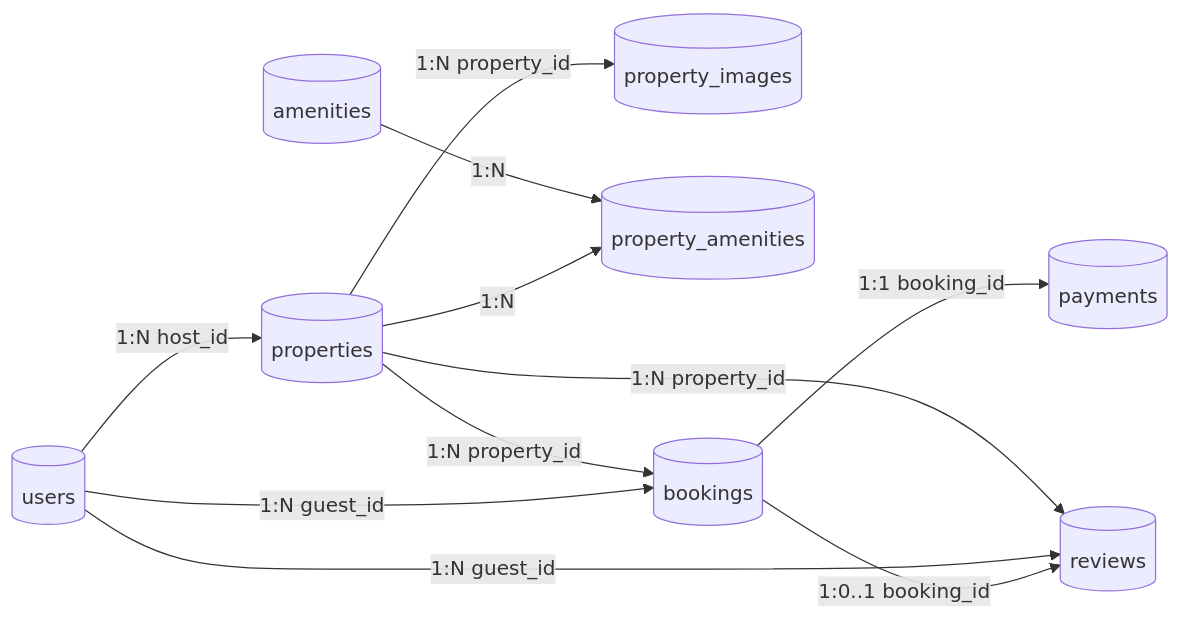
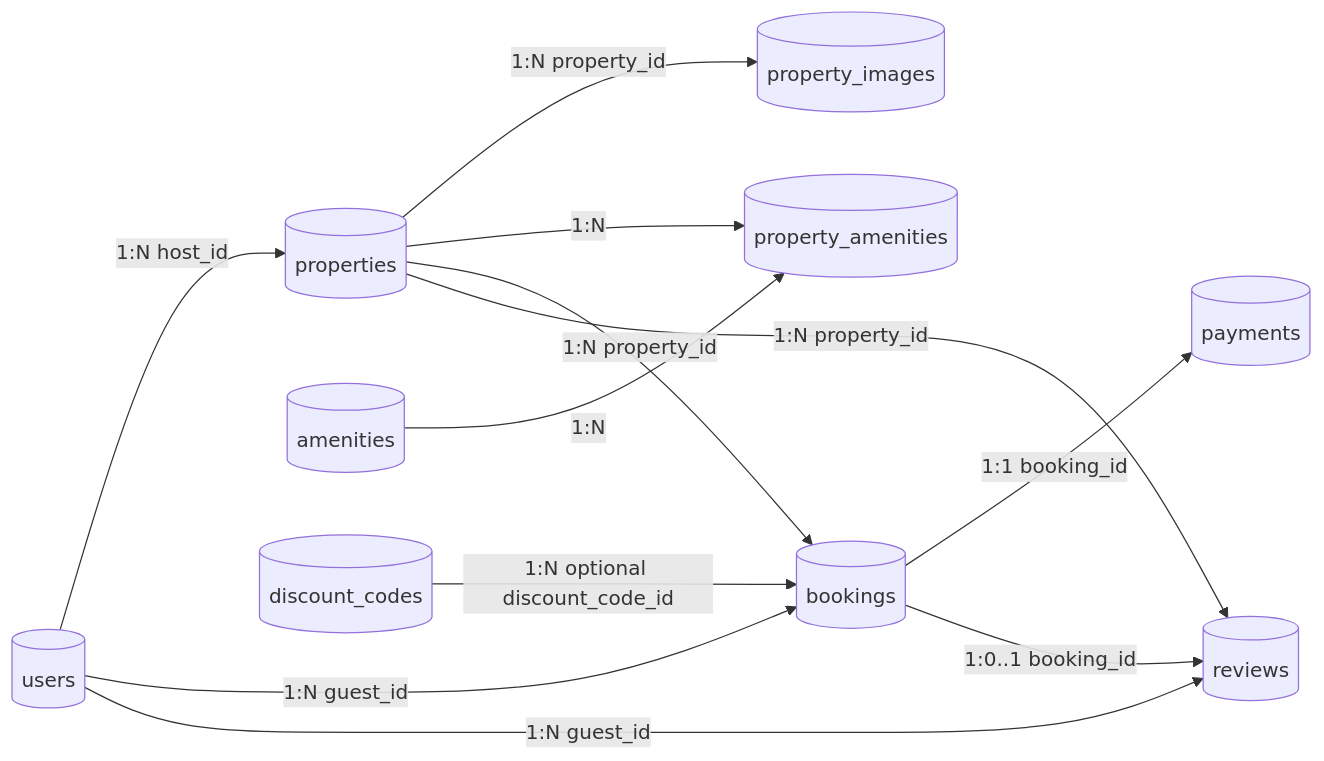
Before and after one commit to apase95/StayHub: the diagram in docs/database/2_RelationalDiagram.md, drawn with Mermaid. The commit also changed 13 other files, not shown here.

````diff
--- a/docs/database/2_RelationalDiagram.md
+++ b/docs/database/2_RelationalDiagram.md
@@ -1,29 +1,31 @@
 ```mermaid
 flowchart LR
 
     USERS[(users)]
 
     PROPERTIES[(properties)]
     IMAGES[(property_images)]
     AMENITIES[(amenities)]
     PA[(property_amenities)]
 
     BOOKINGS[(bookings)]
     PAYMENTS[(payments)]
+    DISCOUNTS[(discount_codes)]
     REVIEWS[(reviews)]
 
     USERS -->|"1:N host_id"| PROPERTIES
     PROPERTIES -->|"1:N property_id"| IMAGES
 
     PROPERTIES -->|"1:N"| PA
     AMENITIES -->|"1:N"| PA
 
     USERS -->|"1:N guest_id"| BOOKINGS
     PROPERTIES -->|"1:N property_id"| BOOKINGS
+    DISCOUNTS -->|"1:N optional discount_code_id"| BOOKINGS
 
     BOOKINGS -->|"1:1 booking_id"| PAYMENTS
     BOOKINGS -->|"1:0..1 booking_id"| REVIEWS
 
     USERS -->|"1:N guest_id"| REVIEWS
     PROPERTIES -->|"1:N property_id"| REVIEWS
 ```
````
